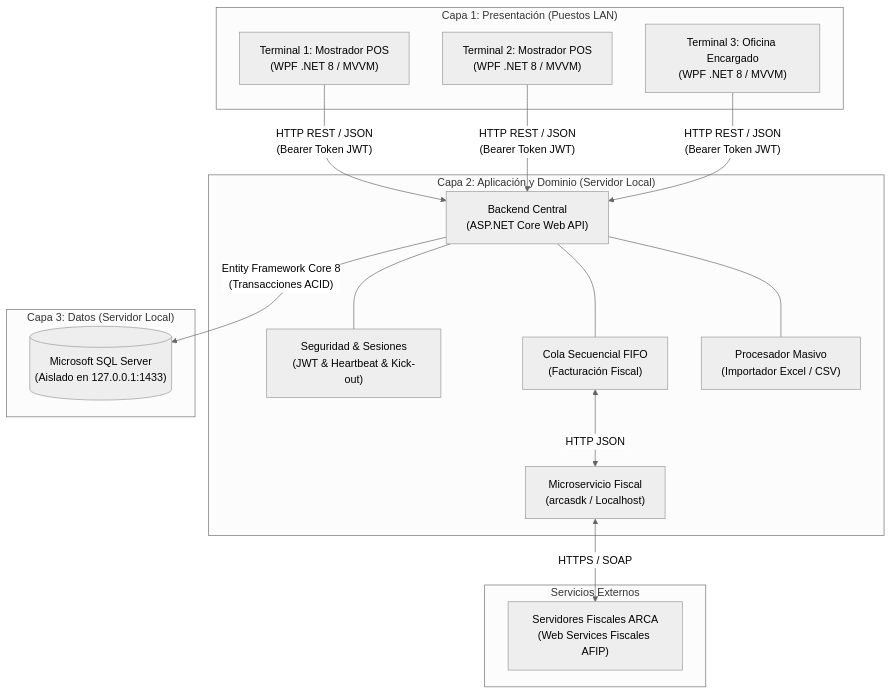
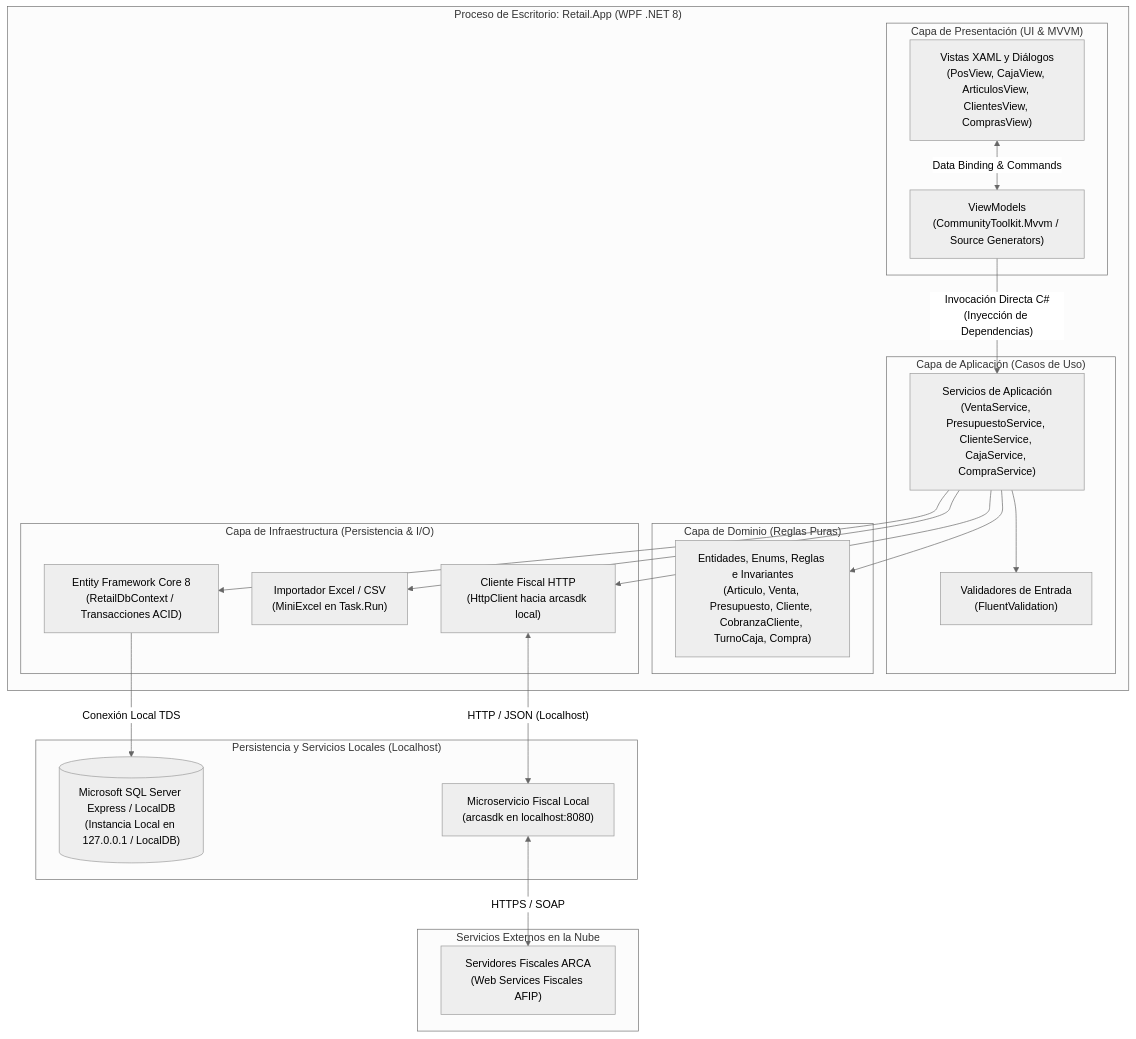
Before and after one commit to lucaskruzolek/retail: the diagram in README.md, drawn with Mermaid (neutral theme). The commit also changed other lines of this file and 18 other files, not shown here.

````diff
--- a/README.md
+++ b/README.md
@@ -11,36 +11,44 @@
 ```mermaid
 graph TD
-    subgraph "Capa 1: Presentación (Puestos LAN)"
-        T1["Terminal 1: Mostrador POS\n(WPF .NET 8 / MVVM)"]
-        T2["Terminal 2: Mostrador POS\n(WPF .NET 8 / MVVM)"]
-        T3["Terminal 3: Oficina Encargado\n(WPF .NET 8 / MVVM)"]
+    subgraph "Proceso de Escritorio: Retail.App (WPF .NET 8)"
+        subgraph "Capa de Presentación (UI & MVVM)"
+            VIEWS["Vistas XAML y Diálogos\n(PosView, CajaView, ArticulosView, ClientesView, ComprasView)"]
+            VMS["ViewModels\n(CommunityToolkit.Mvvm / Source Generators)"]
+            VIEWS <-->|"Data Binding & Commands"| VMS
+        end
+
+        subgraph "Capa de Aplicación (Casos de Uso)"
+            APP_SRV["Servicios de Aplicación\n(VentaService, PresupuestoService, ClienteService, CajaService, CompraService)"]
+            VALID["Validadores de Entrada\n(FluentValidation)"]
+            VMS -->|"Invocación Directa C#\n(Inyección de Dependencias)"| APP_SRV
+            APP_SRV --> VALID
+        end
+
+        subgraph "Capa de Dominio (Reglas Puras)"
+            DOM["Entidades, Enums, Reglas e Invariantes\n(Articulo, Venta, Presupuesto, Cliente, CobranzaCliente, TurnoCaja, Compra)"]
+            APP_SRV --> DOM
+        end
+
+        subgraph "Capa de Infraestructura (Persistencia & I/O)"
+            EF["Entity Framework Core 8\n(RetailDbContext / Transacciones ACID)"]
+            EXCEL["Importador Excel / CSV\n(MiniExcel en Task.Run)"]
+            ARCA_CLI["Cliente Fiscal HTTP\n(HttpClient hacia arcasdk local)"]
+            APP_SRV --> EF
+            APP_SRV --> EXCEL
+            APP_SRV --> ARCA_CLI
+        end
     end
 
-    subgraph "Capa 2: Aplicación y Dominio (Servidor Local)"
-        API["Backend Central\n(ASP.NET Core Web API)"]
-        AUTH["Seguridad & Sesiones\n(JWT & Heartbeat & Kick-out)"]
-        FIFO["Cola Secuencial FIFO\n(Facturación Fiscal)"]
-        BULK["Procesador Masivo\n(Importador Excel / CSV)"]
-        SDK["Microservicio Fiscal\n(arcasdk / Localhost)"]
-        
-        API --- AUTH
-        API --- FIFO
-        API --- BULK
-        FIFO <-->|"HTTP JSON"| SDK
+    subgraph "Persistencia y Servicios Locales (Localhost)"
+        DB[("Microsoft SQL Server Express / LocalDB\n(Instancia Local en 127.0.0.1 / LocalDB)")]
+        SDK["Microservicio Fiscal Local\n(arcasdk en localhost:8080)"]
     end
 
-    subgraph "Capa 3: Datos (Servidor Local)"
-        DB[("Microsoft SQL Server\n(Aislado en 127.0.0.1:1433)")]
-    end
-
-    subgraph "Servicios Externos"
+    subgraph "Servicios Externos en la Nube"
         ARCA_SRV["Servidores Fiscales ARCA\n(Web Services Fiscales AFIP)"]
     end
 
-    T1 -->|"HTTP REST / JSON\n(Bearer Token JWT)"| API
-    T2 -->|"HTTP REST / JSON\n(Bearer Token JWT)"| API
-    T3 -->|"HTTP REST / JSON\n(Bearer Token JWT)"| API
-
-    API -->|"Entity Framework Core 8\n(Transacciones ACID)"| DB
+    EF -->|"Conexión Local TDS"| DB
+    ARCA_CLI <-->|"HTTP / JSON (Localhost)"| SDK
     SDK <-->|"HTTPS / SOAP"| ARCA_SRV
 ```
````
